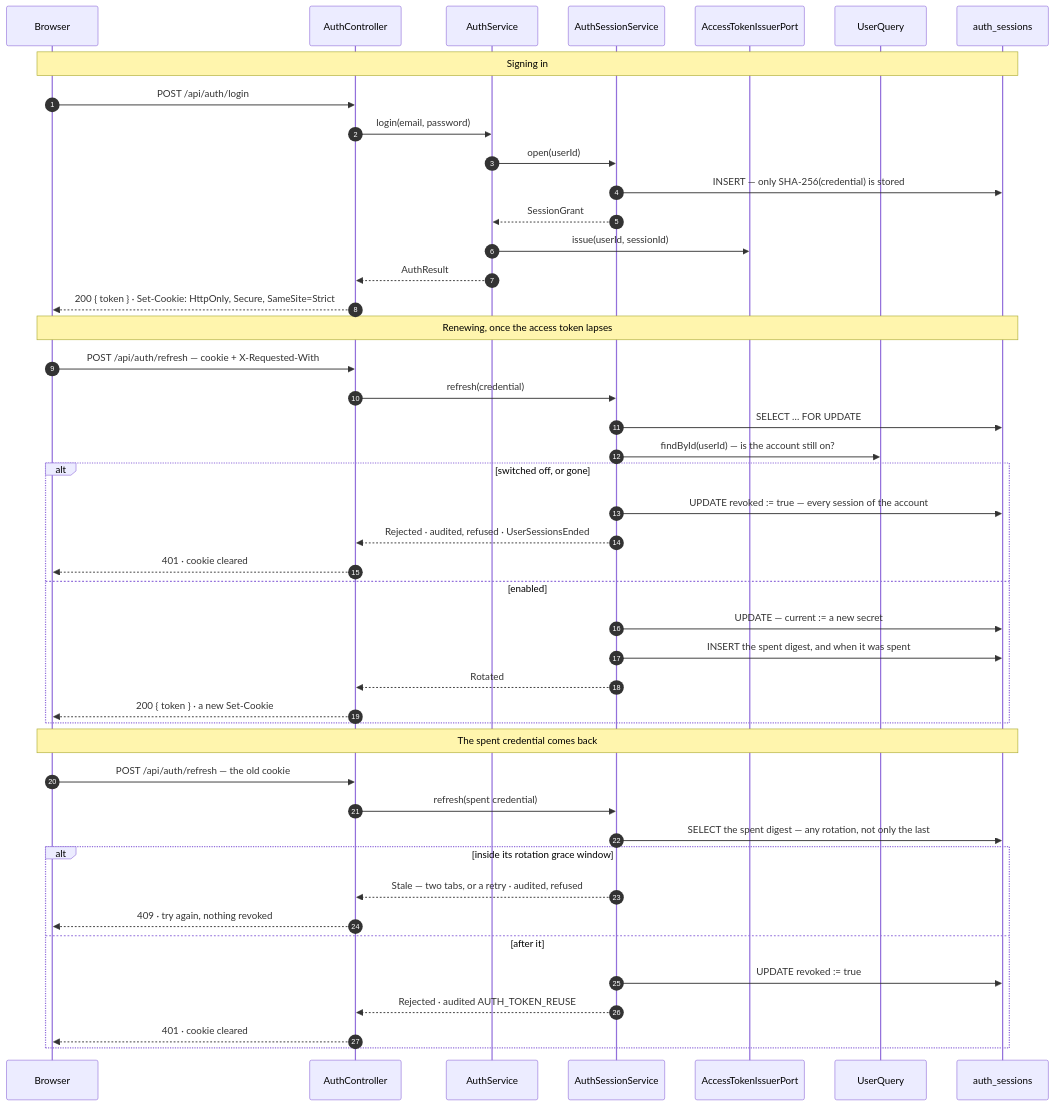
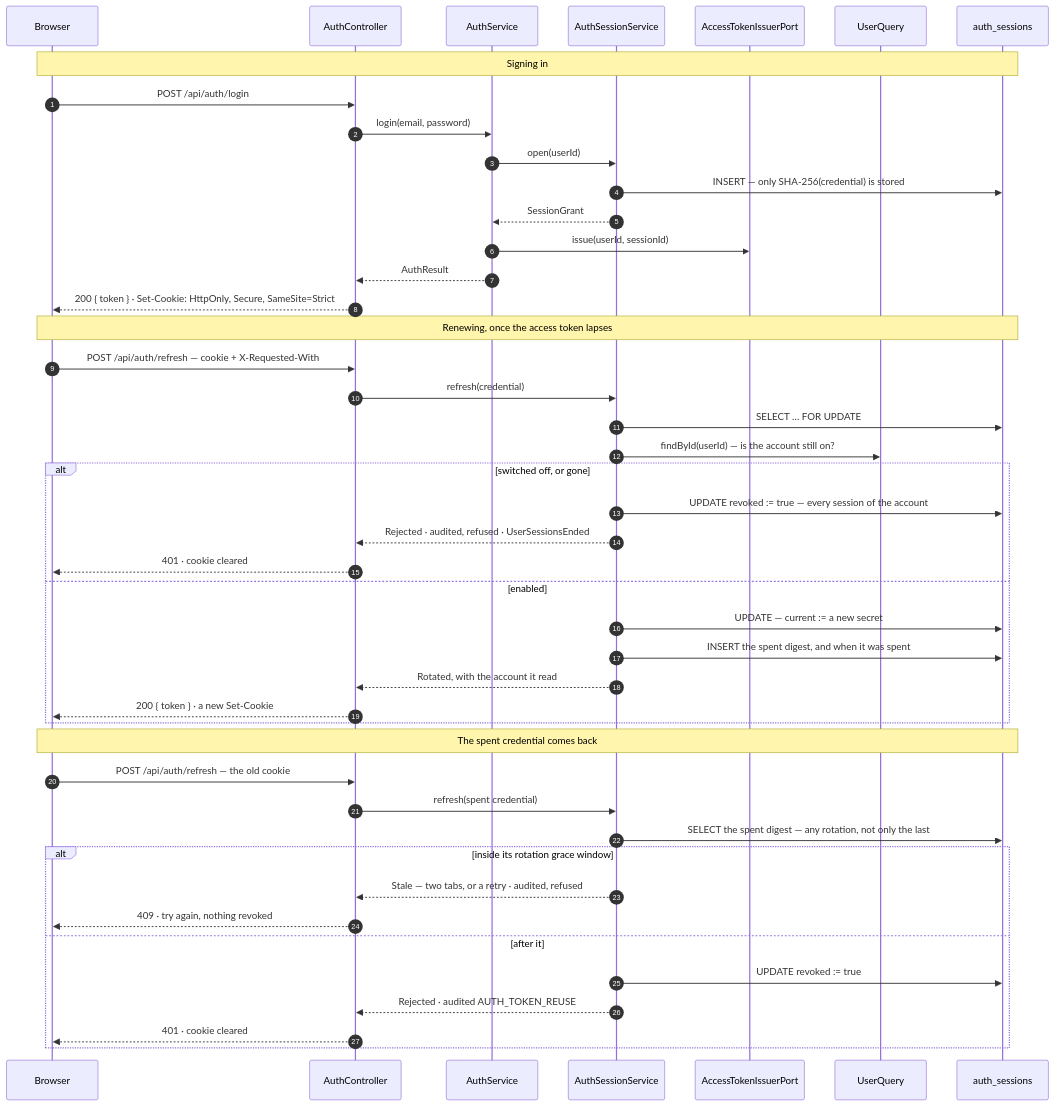
Before and after one commit to NaimElijah/UpHealther: the diagram in docs/architecture/architecture.md, drawn with Mermaid. The commit also changed other lines of this file and 7 other files, not shown here.

First line of the commit message:
fix(backend): continue a rotated session without reading the account

````diff
--- a/docs/architecture/architecture.md
+++ b/docs/architecture/architecture.md
@@ -437,50 +437,50 @@
 ```mermaid
 sequenceDiagram
     autonumber
     participant B as Browser
     participant C as AuthController
     participant A as AuthService
     participant S as AuthSessionService
     participant J as AccessTokenIssuerPort
     participant U as UserQuery
     participant DB as auth_sessions
 
     Note over B,DB: Signing in
     B->>C: POST /api/auth/login
     C->>A: login(email, password)
     A->>S: open(userId)
     S->>DB: INSERT — only SHA-256(credential) is stored
     S-->>A: SessionGrant
     A->>J: issue(userId, sessionId)
     A-->>C: AuthResult
     C-->>B: 200 { token } · Set-Cookie: HttpOnly, Secure, SameSite=Strict
 
     Note over B,DB: Renewing, once the access token lapses
     B->>C: POST /api/auth/refresh — cookie + X-Requested-With
     C->>S: refresh(credential)
     S->>DB: SELECT … FOR UPDATE
     S->>U: findById(userId) — is the account still on?
     alt switched off, or gone
         S->>DB: UPDATE revoked := true — every session of the account
         S-->>C: Rejected · audited, refused · UserSessionsEnded
         C-->>B: 401 · cookie cleared
     else enabled
         S->>DB: UPDATE — current := a new secret
         S->>DB: INSERT the spent digest, and when it was spent
-        S-->>C: Rotated
+        S-->>C: Rotated, with the account it read
         C-->>B: 200 { token } · a new Set-Cookie
     end
 
     Note over B,DB: The spent credential comes back
     B->>C: POST /api/auth/refresh — the old cookie
     C->>S: refresh(spent credential)
     S->>DB: SELECT the spent digest — any rotation, not only the last
     alt inside its rotation grace window
         S-->>C: Stale — two tabs, or a retry · audited, refused
         C-->>B: 409 · try again, nothing revoked
     else after it
         S->>DB: UPDATE revoked := true
         S-->>C: Rejected · audited AUTH_TOKEN_REUSE
         C-->>B: 401 · cookie cleared
     end
 ```
````
